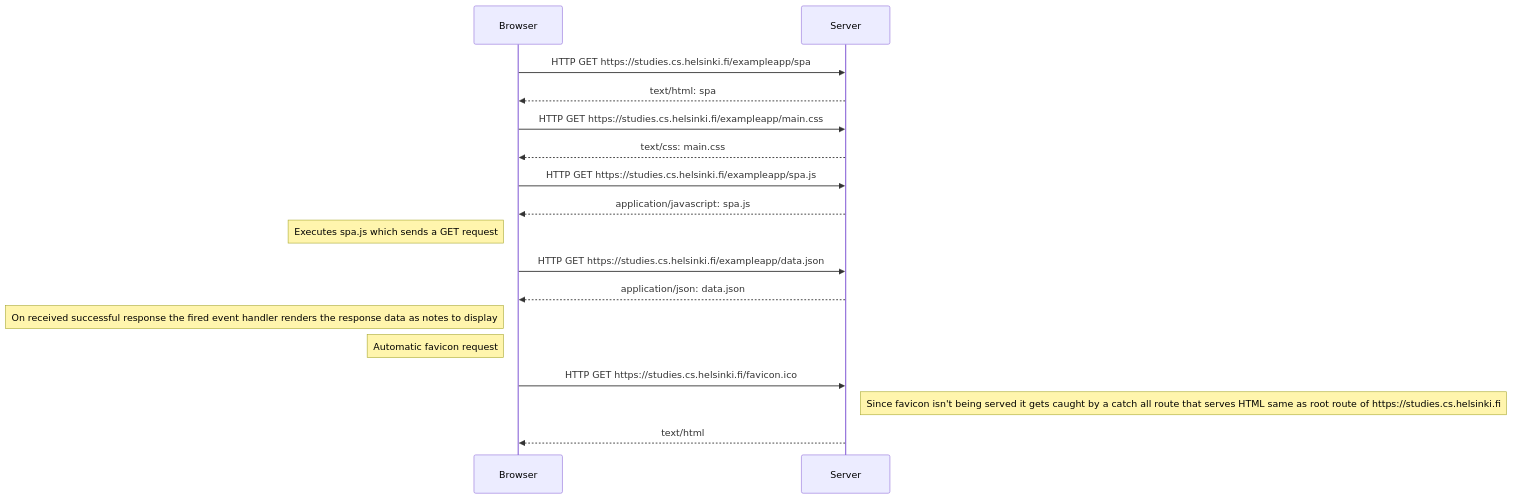
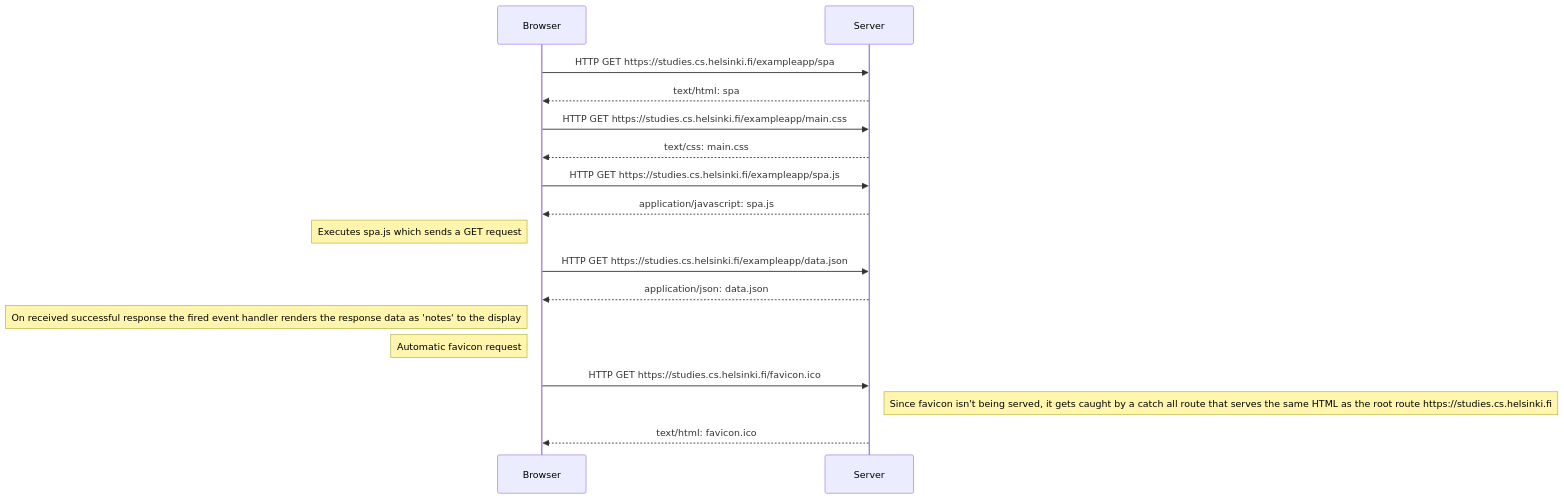
Before and after one commit to adkuca/fullstackopen: the diagram in part00-fundamentals-of-web-apps/exercise0_5.md, drawn with Mermaid. The commit also changed 2 other files, not shown here.

Commit message:
Fix grammar exercise0_4 - exercise0_6

````diff
--- a/part00-fundamentals-of-web-apps/exercise0_5.md
+++ b/part00-fundamentals-of-web-apps/exercise0_5.md
@@ -3,19 +3,19 @@
 ```mermaid
 sequenceDiagram
     participant Browser
     participant Server
     Browser->>Server: HTTP GET https://studies.cs.helsinki.fi/exampleapp/spa
     Server-->>Browser: text/html: spa
     Browser->>Server: HTTP GET https://studies.cs.helsinki.fi/exampleapp/main.css
     Server-->>Browser: text/css: main.css
     Browser->>Server: HTTP GET https://studies.cs.helsinki.fi/exampleapp/spa.js
     Server-->>Browser: application/javascript: spa.js
     Note left of Browser: Executes spa.js which sends a GET request
     Browser->>Server: HTTP GET https://studies.cs.helsinki.fi/exampleapp/data.json
     Server-->>Browser: application/json: data.json
-    Note left of Browser: On received successful response the fired event handler renders the response data as notes to display
+    Note left of Browser: On received successful response the fired event handler renders the response data as 'notes' to the display
     Note left of Browser: Automatic favicon request
     Browser->>Server: HTTP GET https://studies.cs.helsinki.fi/favicon.ico
-    Note right of Server: Since favicon isn't being served it gets caught by a catch all route that serves HTML same as root route of https://studies.cs.helsinki.fi
-    Server-->>Browser: text/html
+    Note right of Server: Since favicon isn't being served, it gets caught by a catch all route that serves the same HTML as the root route https://studies.cs.helsinki.fi
+    Server-->>Browser: text/html: favicon.ico
 ```
````
